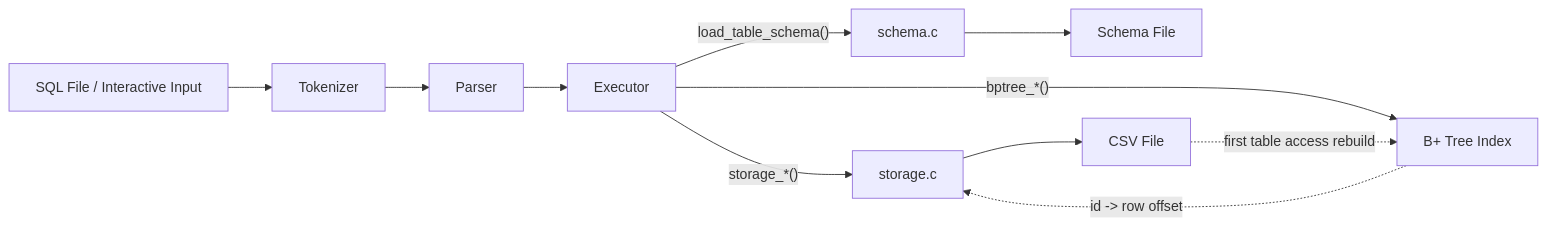
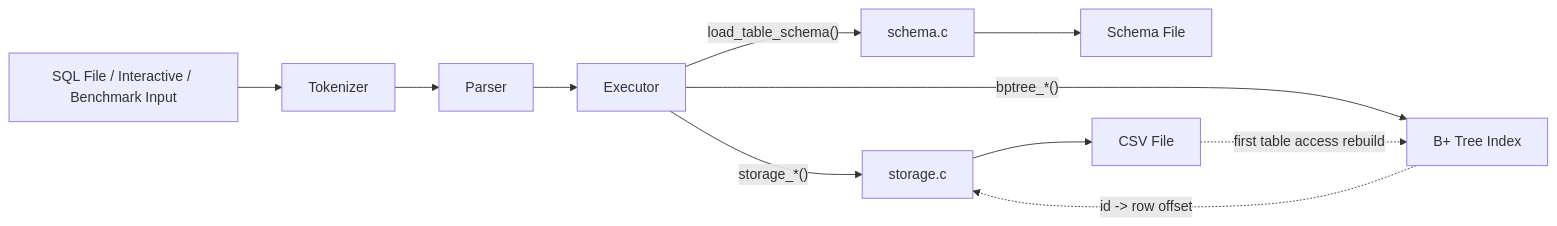
One commit to Jungle-12-303/week7-02-sql-index changed the first of 18 diagrams in README.md. Above: the diagram before and after it, drawn with Mermaid. The commit also changed other lines of this file and 3 other files, not shown here.

````diff
--- a/README.md
+++ b/README.md
@@ -22,13 +22,13 @@
 ```mermaid
 flowchart LR
-    A["SQL File / Interactive Input"] --> B["Tokenizer"]
+    A["SQL File / Interactive / Benchmark Input"] --> B["Tokenizer"]
     B --> C["Parser"]
     C --> D["Executor"]
     D -->|"load_table_schema()"| E["schema.c"]
     D -->|"storage_*()"| F["storage.c"]
     D -->|"bptree_*()"| G["B+ Tree Index"]
     E --> H["Schema File"]
     F --> I["CSV File"]
     I -. "first table access rebuild" .-> G
     G -. "id -> row offset" .-> F
 ```
````
